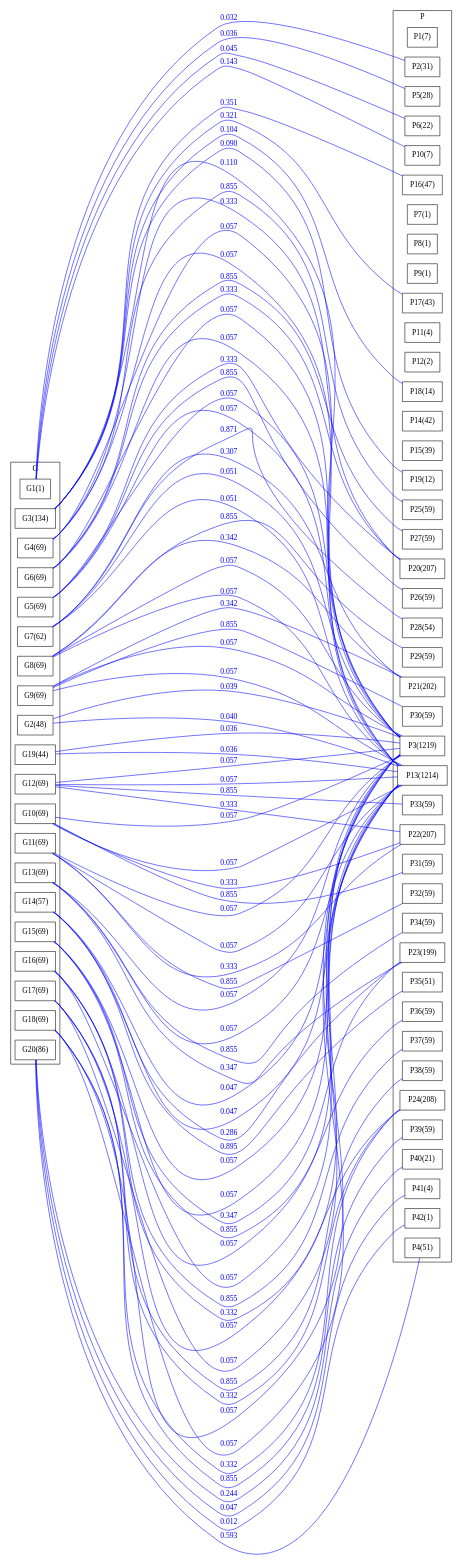
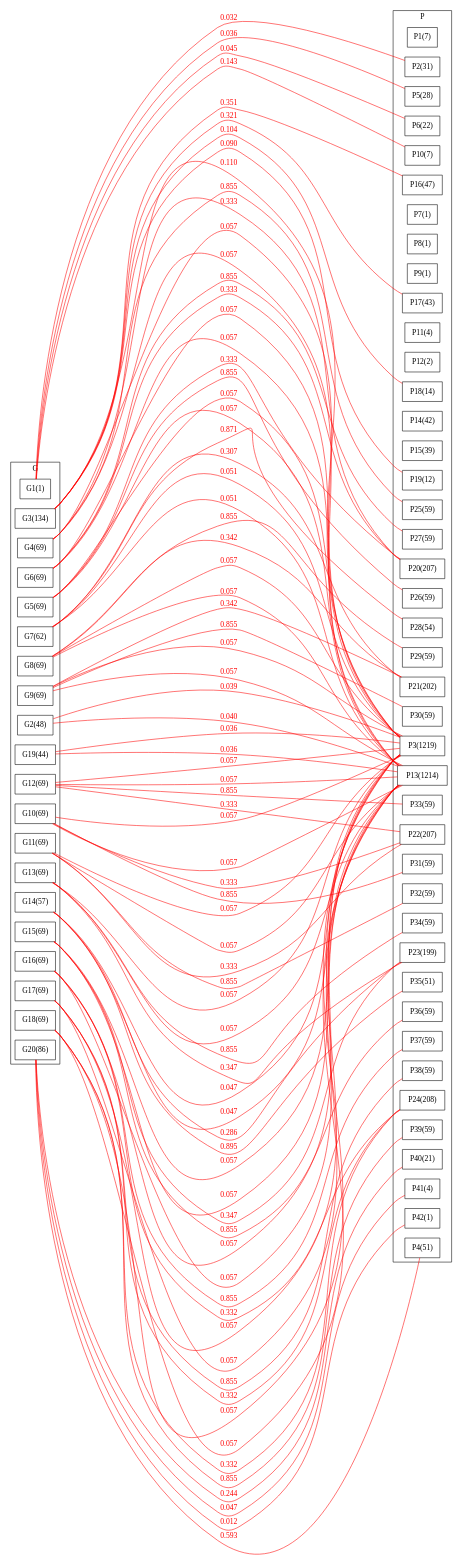
Before and after one commit to asanoja/segmentations: the diagram in evaluation/dot/BG_chrome_www_yunotakemymoney_com__ccm_paging_p_b473.dot, drawn with Graphviz. The commit also changed 185 other files, not shown here.

```diff
--- a/evaluation/dot/BG_chrome_www_yunotakemymoney_com__ccm_paging_p_b473.dot
+++ b/evaluation/dot/BG_chrome_www_yunotakemymoney_com__ccm_paging_p_b473.dot
@@ -1,156 +1,156 @@
 strict graph BCG {
 rankdir=LR;
 splines=true;
 ranksep="8 equally";
 concentrate = true;
 node [shape=rectangle];
 subgraph cluster_G {
 label = "G";
 color=black;
 rank="same"
 G1 [label="G1(1)"];
 G2 [label="G2(48)"];
 G3 [label="G3(134)"];
 G4 [label="G4(69)"];
 G5 [label="G5(69)"];
 G6 [label="G6(69)"];
 G7 [label="G7(62)"];
 G8 [label="G8(69)"];
 G9 [label="G9(69)"];
 G10 [label="G10(69)"];
 G11 [label="G11(69)"];
 G12 [label="G12(69)"];
 G13 [label="G13(69)"];
 G14 [label="G14(57)"];
 G15 [label="G15(69)"];
 G16 [label="G16(69)"];
 G17 [label="G17(69)"];
 G18 [label="G18(69)"];
 G19 [label="G19(44)"];
 G20 [label="G20(86)"];
 }
 subgraph cluster_P {
 label = "P";
 color="black";
 rank="same"
 P1 [label="P1(7)"];
 P2 [label="P2(31)"];
 P3 [label="P3(1219)"];
 P4 [label="P4(51)"];
 P5 [label="P5(28)"];
 P6 [label="P6(22)"];
 P7 [label="P7(1)"];
 P8 [label="P8(1)"];
 P9 [label="P9(1)"];
 P10 [label="P10(7)"];
 P11 [label="P11(4)"];
 P12 [label="P12(2)"];
 P13 [label="P13(1214)"];
 P14 [label="P14(42)"];
 P15 [label="P15(39)"];
 P16 [label="P16(47)"];
 P17 [label="P17(43)"];
 P18 [label="P18(14)"];
 P19 [label="P19(12)"];
 P20 [label="P20(207)"];
 P21 [label="P21(202)"];
 P22 [label="P22(207)"];
 P23 [label="P23(199)"];
 P24 [label="P24(208)"];
 P25 [label="P25(59)"];
 P26 [label="P26(59)"];
 P27 [label="P27(59)"];
 P28 [label="P28(54)"];
 P29 [label="P29(59)"];
 P30 [label="P30(59)"];
 P31 [label="P31(59)"];
 P32 [label="P32(59)"];
 P33 [label="P33(59)"];
 P34 [label="P34(59)"];
 P35 [label="P35(51)"];
 P36 [label="P36(59)"];
 P37 [label="P37(59)"];
 P38 [label="P38(59)"];
 P39 [label="P39(59)"];
 P40 [label="P40(21)"];
 P41 [label="P41(4)"];
 P42 [label="P42(1)"];
 }
-G1 -- P2[label="0.032",color="blue",fontcolor="blue"];
-G1 -- P5[label="0.036",color="blue",fontcolor="blue"];
-G1 -- P6[label="0.045",color="blue",fontcolor="blue"];
-G1 -- P10[label="0.143",color="blue",fontcolor="blue"];
-G2 -- P3[label="0.039",color="blue",fontcolor="blue"];
-G2 -- P13[label="0.040",color="blue",fontcolor="blue"];
-G3 -- P3[label="0.110",color="blue",fontcolor="blue"];
-G3 -- P16[label="0.351",color="blue",fontcolor="blue"];
-G3 -- P17[label="0.321",color="blue",fontcolor="blue"];
-G3 -- P18[label="0.104",color="blue",fontcolor="blue"];
-G3 -- P19[label="0.090",color="blue",fontcolor="blue"];
-G4 -- P3[label="0.057",color="blue",fontcolor="blue"];
-G4 -- P13[label="0.057",color="blue",fontcolor="blue"];
-G4 -- P20[label="0.333",color="blue",fontcolor="blue"];
-G4 -- P25[label="0.855",color="blue",fontcolor="blue"];
-G5 -- P3[label="0.057",color="blue",fontcolor="blue"];
-G5 -- P13[label="0.057",color="blue",fontcolor="blue"];
-G5 -- P20[label="0.333",color="blue",fontcolor="blue"];
-G5 -- P26[label="0.855",color="blue",fontcolor="blue"];
-G6 -- P3[label="0.057",color="blue",fontcolor="blue"];
-G6 -- P13[label="0.057",color="blue",fontcolor="blue"];
-G6 -- P20[label="0.333",color="blue",fontcolor="blue"];
-G6 -- P27[label="0.855",color="blue",fontcolor="blue"];
-G7 -- P3[label="0.051",color="blue",fontcolor="blue"];
-G7 -- P13[label="0.051",color="blue",fontcolor="blue"];
-G7 -- P21[label="0.307",color="blue",fontcolor="blue"];
-G7 -- P28[label="0.871",color="blue",fontcolor="blue"];
-G8 -- P3[label="0.057",color="blue",fontcolor="blue"];
-G8 -- P13[label="0.057",color="blue",fontcolor="blue"];
-G8 -- P21[label="0.342",color="blue",fontcolor="blue"];
-G8 -- P29[label="0.855",color="blue",fontcolor="blue"];
-G9 -- P3[label="0.057",color="blue",fontcolor="blue"];
-G9 -- P13[label="0.057",color="blue",fontcolor="blue"];
-G9 -- P21[label="0.342",color="blue",fontcolor="blue"];
-G9 -- P30[label="0.855",color="blue",fontcolor="blue"];
-G10 -- P3[label="0.057",color="blue",fontcolor="blue"];
-G10 -- P13[label="0.057",color="blue",fontcolor="blue"];
-G10 -- P22[label="0.333",color="blue",fontcolor="blue"];
-G10 -- P31[label="0.855",color="blue",fontcolor="blue"];
-G11 -- P3[label="0.057",color="blue",fontcolor="blue"];
-G11 -- P13[label="0.057",color="blue",fontcolor="blue"];
-G11 -- P22[label="0.333",color="blue",fontcolor="blue"];
-G11 -- P32[label="0.855",color="blue",fontcolor="blue"];
-G12 -- P3[label="0.057",color="blue",fontcolor="blue"];
-G12 -- P13[label="0.057",color="blue",fontcolor="blue"];
-G12 -- P22[label="0.333",color="blue",fontcolor="blue"];
-G12 -- P33[label="0.855",color="blue",fontcolor="blue"];
-G13 -- P3[label="0.057",color="blue",fontcolor="blue"];
-G13 -- P13[label="0.057",color="blue",fontcolor="blue"];
-G13 -- P23[label="0.347",color="blue",fontcolor="blue"];
-G13 -- P34[label="0.855",color="blue",fontcolor="blue"];
-G14 -- P3[label="0.047",color="blue",fontcolor="blue"];
-G14 -- P13[label="0.047",color="blue",fontcolor="blue"];
-G14 -- P23[label="0.286",color="blue",fontcolor="blue"];
-G14 -- P35[label="0.895",color="blue",fontcolor="blue"];
-G15 -- P3[label="0.057",color="blue",fontcolor="blue"];
-G15 -- P13[label="0.057",color="blue",fontcolor="blue"];
-G15 -- P23[label="0.347",color="blue",fontcolor="blue"];
-G15 -- P36[label="0.855",color="blue",fontcolor="blue"];
-G16 -- P3[label="0.057",color="blue",fontcolor="blue"];
-G16 -- P13[label="0.057",color="blue",fontcolor="blue"];
-G16 -- P24[label="0.332",color="blue",fontcolor="blue"];
-G16 -- P37[label="0.855",color="blue",fontcolor="blue"];
-G17 -- P3[label="0.057",color="blue",fontcolor="blue"];
-G17 -- P13[label="0.057",color="blue",fontcolor="blue"];
-G17 -- P24[label="0.332",color="blue",fontcolor="blue"];
-G17 -- P38[label="0.855",color="blue",fontcolor="blue"];
-G18 -- P3[label="0.057",color="blue",fontcolor="blue"];
-G18 -- P13[label="0.057",color="blue",fontcolor="blue"];
-G18 -- P24[label="0.332",color="blue",fontcolor="blue"];
-G18 -- P39[label="0.855",color="blue",fontcolor="blue"];
-G19 -- P3[label="0.036",color="blue",fontcolor="blue"];
-G19 -- P13[label="0.036",color="blue",fontcolor="blue"];
-G20 -- P4[label="0.593",color="blue",fontcolor="blue"];
-G20 -- P40[label="0.244",color="blue",fontcolor="blue"];
-G20 -- P41[label="0.047",color="blue",fontcolor="blue"];
-G20 -- P42[label="0.012",color="blue",fontcolor="blue"];
+G1 -- P2[label="0.032",color="red",fontcolor="red"];
+G1 -- P5[label="0.036",color="red",fontcolor="red"];
+G1 -- P6[label="0.045",color="red",fontcolor="red"];
+G1 -- P10[label="0.143",color="red",fontcolor="red"];
+G2 -- P3[label="0.039",color="red",fontcolor="red"];
+G2 -- P13[label="0.040",color="red",fontcolor="red"];
+G3 -- P3[label="0.110",color="red",fontcolor="red"];
+G3 -- P16[label="0.351",color="red",fontcolor="red"];
+G3 -- P17[label="0.321",color="red",fontcolor="red"];
+G3 -- P18[label="0.104",color="red",fontcolor="red"];
+G3 -- P19[label="0.090",color="red",fontcolor="red"];
+G4 -- P3[label="0.057",color="red",fontcolor="red"];
+G4 -- P13[label="0.057",color="red",fontcolor="red"];
+G4 -- P20[label="0.333",color="red",fontcolor="red"];
+G4 -- P25[label="0.855",color="red",fontcolor="red"];
+G5 -- P3[label="0.057",color="red",fontcolor="red"];
+G5 -- P13[label="0.057",color="red",fontcolor="red"];
+G5 -- P20[label="0.333",color="red",fontcolor="red"];
+G5 -- P26[label="0.855",color="red",fontcolor="red"];
+G6 -- P3[label="0.057",color="red",fontcolor="red"];
+G6 -- P13[label="0.057",color="red",fontcolor="red"];
+G6 -- P20[label="0.333",color="red",fontcolor="red"];
+G6 -- P27[label="0.855",color="red",fontcolor="red"];
+G7 -- P3[label="0.051",color="red",fontcolor="red"];
+G7 -- P13[label="0.051",color="red",fontcolor="red"];
+G7 -- P21[label="0.307",color="red",fontcolor="red"];
+G7 -- P28[label="0.871",color="red",fontcolor="red"];
+G8 -- P3[label="0.057",color="red",fontcolor="red"];
+G8 -- P13[label="0.057",color="red",fontcolor="red"];
+G8 -- P21[label="0.342",color="red",fontcolor="red"];
+G8 -- P29[label="0.855",color="red",fontcolor="red"];
+G9 -- P3[label="0.057",color="red",fontcolor="red"];
+G9 -- P13[label="0.057",color="red",fontcolor="red"];
+G9 -- P21[label="0.342",color="red",fontcolor="red"];
+G9 -- P30[label="0.855",color="red",fontcolor="red"];
+G10 -- P3[label="0.057",color="red",fontcolor="red"];
+G10 -- P13[label="0.057",color="red",fontcolor="red"];
+G10 -- P22[label="0.333",color="red",fontcolor="red"];
+G10 -- P31[label="0.855",color="red",fontcolor="red"];
+G11 -- P3[label="0.057",color="red",fontcolor="red"];
+G11 -- P13[label="0.057",color="red",fontcolor="red"];
+G11 -- P22[label="0.333",color="red",fontcolor="red"];
+G11 -- P32[label="0.855",color="red",fontcolor="red"];
+G12 -- P3[label="0.057",color="red",fontcolor="red"];
+G12 -- P13[label="0.057",color="red",fontcolor="red"];
+G12 -- P22[label="0.333",color="red",fontcolor="red"];
+G12 -- P33[label="0.855",color="red",fontcolor="red"];
+G13 -- P3[label="0.057",color="red",fontcolor="red"];
+G13 -- P13[label="0.057",color="red",fontcolor="red"];
+G13 -- P23[label="0.347",color="red",fontcolor="red"];
+G13 -- P34[label="0.855",color="red",fontcolor="red"];
+G14 -- P3[label="0.047",color="red",fontcolor="red"];
+G14 -- P13[label="0.047",color="red",fontcolor="red"];
+G14 -- P23[label="0.286",color="red",fontcolor="red"];
+G14 -- P35[label="0.895",color="red",fontcolor="red"];
+G15 -- P3[label="0.057",color="red",fontcolor="red"];
+G15 -- P13[label="0.057",color="red",fontcolor="red"];
+G15 -- P23[label="0.347",color="red",fontcolor="red"];
+G15 -- P36[label="0.855",color="red",fontcolor="red"];
+G16 -- P3[label="0.057",color="red",fontcolor="red"];
+G16 -- P13[label="0.057",color="red",fontcolor="red"];
+G16 -- P24[label="0.332",color="red",fontcolor="red"];
+G16 -- P37[label="0.855",color="red",fontcolor="red"];
+G17 -- P3[label="0.057",color="red",fontcolor="red"];
+G17 -- P13[label="0.057",color="red",fontcolor="red"];
+G17 -- P24[label="0.332",color="red",fontcolor="red"];
+G17 -- P38[label="0.855",color="red",fontcolor="red"];
+G18 -- P3[label="0.057",color="red",fontcolor="red"];
+G18 -- P13[label="0.057",color="red",fontcolor="red"];
+G18 -- P24[label="0.332",color="red",fontcolor="red"];
+G18 -- P39[label="0.855",color="red",fontcolor="red"];
+G19 -- P3[label="0.036",color="red",fontcolor="red"];
+G19 -- P13[label="0.036",color="red",fontcolor="red"];
+G20 -- P4[label="0.593",color="red",fontcolor="red"];
+G20 -- P40[label="0.244",color="red",fontcolor="red"];
+G20 -- P41[label="0.047",color="red",fontcolor="red"];
+G20 -- P42[label="0.012",color="red",fontcolor="red"];
 }
```
